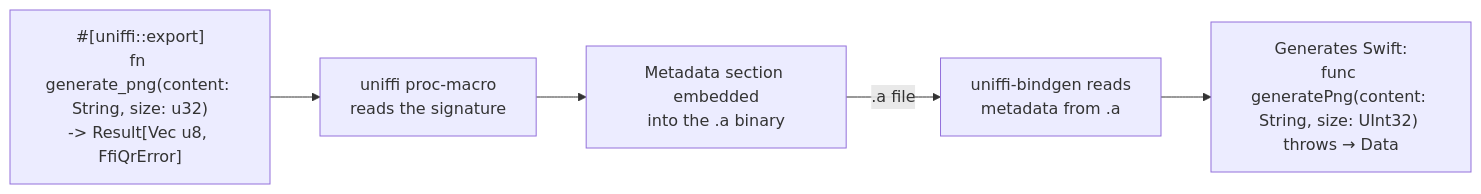
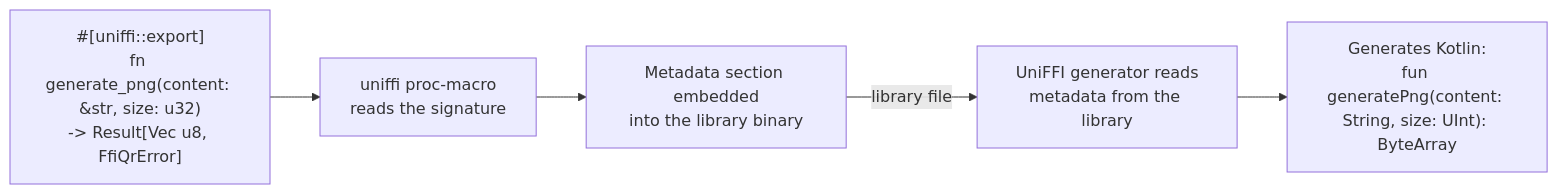
Before and after one commit to prasannajeet/RustyQR: the second of 2 diagrams in iosApp/README.md, drawn with Mermaid. The commit also changed other lines of this file and 25 other files, not shown here.

````diff
--- a/iosApp/README.md
+++ b/iosApp/README.md
@@ -343,10 +324,10 @@
 ```mermaid
 graph LR
-    A["#[uniffi::export]<br/>fn generate_png(content: String, size: u32)<br/>-> Result[Vec u8, FfiQrError]"]
+    A["#[uniffi::export]<br/>fn generate_png(content: &str, size: u32)<br/>-> Result[Vec u8, FfiQrError]"]
     B["uniffi proc-macro<br/>reads the signature"]
-    C["Metadata section embedded<br/>into the .a binary"]
-    D["uniffi-bindgen reads<br/>metadata from .a"]
-    E["Generates Swift:<br/>func generatePng(content: String, size: UInt32) throws → Data"]
+    C["Metadata section embedded<br/>into the library binary"]
+    D["UniFFI generator reads<br/>metadata from the library"]
+    E["Generates Kotlin:<br/>fun generatePng(content: String, size: UInt): ByteArray"]
 
-    A --> B --> C -->|".a file"| D --> E
+    A --> B --> C -->|"library file"| D --> E
 ```
````
